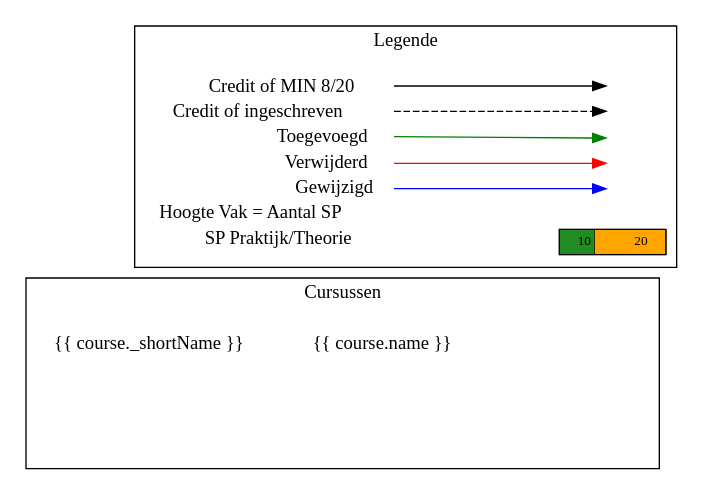
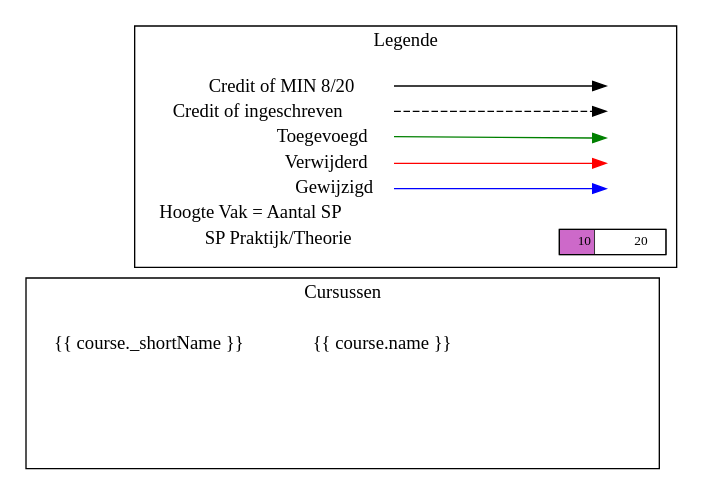
The diagram in 2018-2019/Studieprogramma/source/templates/legend.dot (JoeyDP/OC), drawn with Graphviz before and after one commit. The commit also changed 3 other files, not shown here.

```diff
--- a/2018-2019/Studieprogramma/source/templates/legend.dot
+++ b/2018-2019/Studieprogramma/source/templates/legend.dot
@@ -1,52 +1,52 @@
 digraph {
   rankdir=LR
   node [shape=plaintext]
 
   subgraph cluster_courses {
     label = "Cursussen";
     courses [label=<<table border="0" cellpadding="5" cellspacing="0" cellborder="0">
     {% for course in courses %}
       <tr><td align="left" port="i1">{{ course._shortName }}</td><td align="left">{{ course.name }}</td></tr>
     {% endfor %}
       </table>>]
     key3 [label=<<table border="0" cellpadding="2" cellspacing="0" cellborder="0">
       <tr><td port="i1">&nbsp;</td></tr>
       <tr><td port="i2">&nbsp;</td></tr>
       <tr><td port="i3">&nbsp;</td></tr>
       <tr><td port="i4">&nbsp;</td></tr>
       <tr><td port="i5">&nbsp;</td></tr>
       </table>>]
 
     # fix placement a bit
     courses:i1:e -> key3:i1:w [style=invis]
   }
 
   subgraph cluster_legend {
     label = "Legende";
     key [label=<<table border="0" cellpadding="2" cellspacing="0" cellborder="0">
       <tr><td align="right" port="i1">Credit of MIN 8/20</td></tr>
       <tr><td align="right" port="i2">Credit of ingeschreven</td></tr>
       <tr><td align="right" port="i3">Toegevoegd</td></tr>
       <tr><td align="right" port="i4">Verwijderd</td></tr>
       <tr><td align="right" port="i5">Gewijzigd</td></tr>
       <tr><td align="right" port="i6">Hoogte Vak = Aantal SP</td></tr>
       <tr><td align="right" port="i7">SP Praktijk/Theorie</td></tr>
       </table>>]
     key2 [label=<<table border="0" cellpadding="2" cellspacing="0" cellborder="0">
       <tr><td port="i1">&nbsp;</td></tr>
       <tr><td port="i2">&nbsp;</td></tr>
       <tr><td port="i3">&nbsp;</td></tr>
       <tr><td port="i4">&nbsp;</td></tr>
       <tr><td port="i5">&nbsp;</td></tr>
       </table>>]
     key:i1:e -> key2:i1:w []
     key:i2:e -> key2:i2:w [style=dashed]
     key:i3:e -> key2:i3:w [color=green]
     key:i4:e -> key2:i4:w [color=red]
     key:i5:e -> key2:i5:w [color=blue]
 
-    sp_ratio [shape=rect, fontsize=10, height=0.10, style=striped, color="forestgreen;0.33:orange", label="10             20"]
+    sp_ratio [shape=rect, fontsize=10, height=0.10, style=striped, color="orchid3;0.33:white", label="10             20"]
     key:i7 -> sp_ratio [style=invis]
   }
 
 }
```
